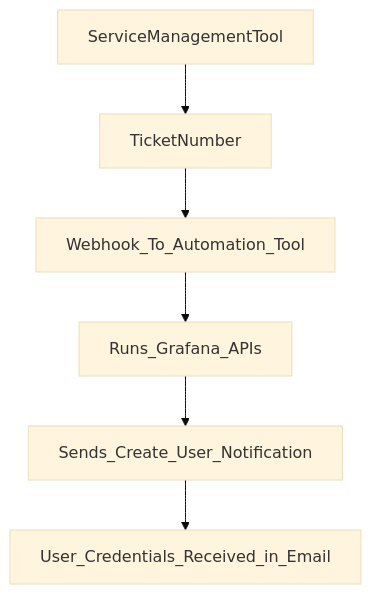
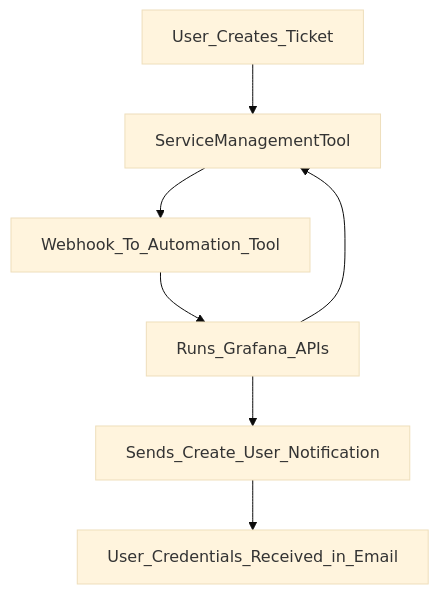
The diagram in grafana-apis/authentication/notes.md (learnwithvikasjha/grafana), drawn with Mermaid (base theme) before and after one commit.

````diff
--- a/grafana-apis/authentication/notes.md
+++ b/grafana-apis/authentication/notes.md
@@ -1,8 +1,9 @@
 ```mermaid
 graph TD;
-    ServiceManagementTool-->TicketNumber;
-    TicketNumber-->Webhook_To_Automation_Tool;
+    User_Creates_Ticket-->ServiceManagementTool
+    ServiceManagementTool-->Webhook_To_Automation_Tool;
     Webhook_To_Automation_Tool-->Runs_Grafana_APIs
     Runs_Grafana_APIs-->Sends_Create_User_Notification;
     Sends_Create_User_Notification-->User_Credentials_Received_in_Email;
+    Runs_Grafana_APIs-->ServiceManagementTool
 ```
````
